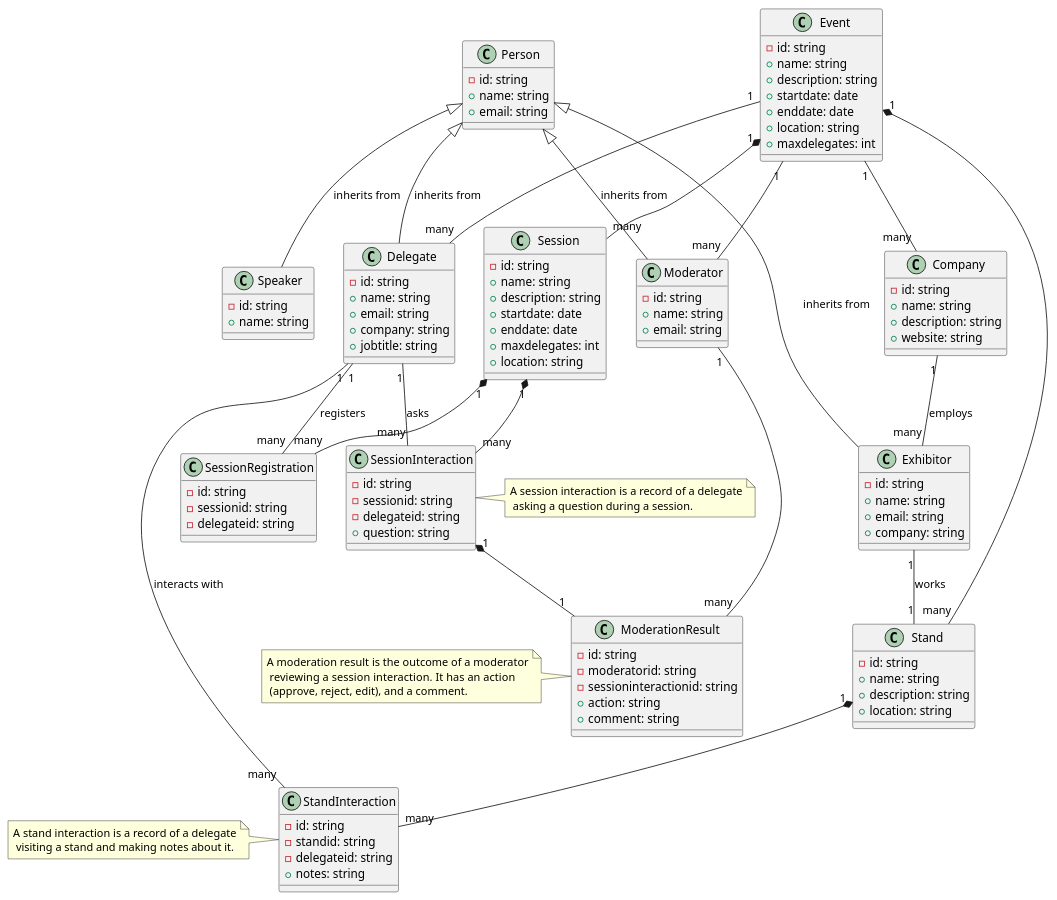
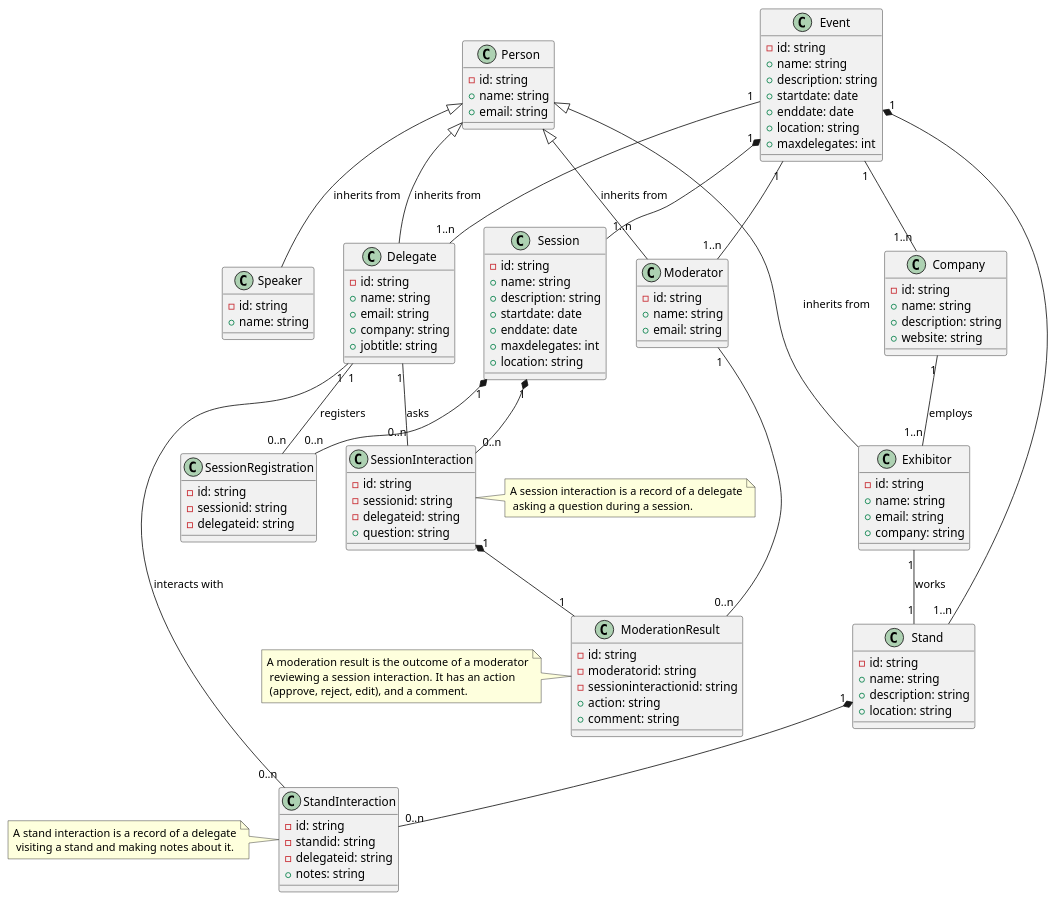
Before and after one commit to CSC-40084-Group-7/BMI2-UML: the diagram in BookMeIn2.puml, drawn with PlantUML.

Commit message:
add relationships

```diff
--- a/BookMeIn2.puml
+++ b/BookMeIn2.puml
@@ -1,153 +1,153 @@
 @startuml BookMeIn2
 
 /'
 Glossary
 
 Event: The event that is happening, e.g. App Development in a mobile world.
 Delegates: People attending the event, sometimes on behalf of a company.
 Exhibitor: A person attending the event on behalf of their company. Each Exhibitor works at one stand.
 Moderator: Works in the background during a session filtering the questions sent in by delegates, for the purpose of avoiding anything unsuitable being sent to the speaker, and amalgamating similar questions into one so as to avoid repeating the same question
 Session: A talk or presentation happening at the event. Several of these can happen at the same time at larger events and delegates would have to choose which ones they want to attend.  Sometimes these can require a pre-registration of interest to allow entry.
 Speaker: An individual presenting the session. These can be the same as exhibitors, or they may be completely independent.
 Stand: One per company at the event. These companies are ones that have paid to have a stand at the event.  Often these will be sponsors of the event looking to sell some sort of software or service to the delegates.   Multiple Exhibitors may work on one stand though.
 '/
 
 ' Entities
 
 class "Event" as event {
     - id: string
     + name: string
     + description: string
     + startdate: date
     + enddate: date
     + location: string
     + maxdelegates: int
 }
 
 class "Person" as person {
     - id: string
     + name: string
     + email: string
 }
 
 class "Delegate" as delegate {
     - id: string
     + name: string
     + email: string
     + company: string
     + jobtitle: string
 }
 
 class "Exhibitor" as exhibitor {
     - id: string
     + name: string
     + email: string
     + company: string
 }
 
 class "Moderator" as moderator {
     - id: string
     + name: string
     + email: string
 }
 
 class "Session" as session {
     - id: string
     + name: string
     + description: string
     + startdate: date
     + enddate: date
     + maxdelegates: int
     + location: string
 }
 
 class "Speaker" as speaker {
     - id: string
     + name: string
 }
 
 class "Stand" as stand {
     - id: string
     + name: string
     + description: string
     + location: string
 }
 
 class "Company" as company {
     - id: string
     + name: string
     + description: string
     + website: string
 }
 
 class "SessionRegistration" as sessionregistration {
     - id: string
     - sessionid: string
     - delegateid: string
 }
 
 class "StandInteraction" as standinteraction {
     - id: string
     - standid: string
     - delegateid: string
     + notes: string
 }
 
 class "SessionInteraction" as sessioninteraction {
     - id: string
     - sessionid: string
     - delegateid: string
     + question: string
 }
 
 class "ModerationResult" as moderationresult {
     - id: string
     - moderatorid: string
     - sessioninteractionid: string
     + action: string
     + comment: string
 }
 
 ' Relationships
 
-event "1" -- "many" delegate
-event "1" -- "many" moderator
-event "1" -- "many" company
+event "1" -- "1..n" delegate
+event "1" -- "1..n" moderator
+event "1" -- "1..n" company
 
-delegate "1" -- "many" standinteraction : interacts with
-delegate "1" -- "many" sessioninteraction : asks
-delegate "1" -- "many" sessionregistration : registers
+delegate "1" -- "0..n" standinteraction : interacts with
+delegate "1" -- "0..n" sessioninteraction : asks
+delegate "1" -- "0..n" sessionregistration : registers
 
 exhibitor "1" -- "1" stand : works
 
-company "1" -- "many" exhibitor : employs
+company "1" -- "1..n" exhibitor : employs
 
-moderator "1" -- "many" moderationresult 
+moderator "1" -- "0..n" moderationresult 
 
 
 ' Inheritance
 
 person <|-- delegate : inherits from
 person <|-- exhibitor : inherits from
 person <|-- moderator : inherits from
 person <|-- speaker : inherits from
 
 ' Composition
 
-event "1" *-- "many" session
-event "1" *-- "many" stand
+event "1" *-- "1..n" session
+event "1" *-- "1..n" stand
 
 ' Aggregation
 
-session "1" *-- "many" sessioninteraction
-session "1" *-- "many" sessionregistration
-stand "1" *-- "many" standinteraction
+session "1" *-- "0..n" sessioninteraction
+session "1" *-- "0..n" sessionregistration
+stand "1" *-- "0..n" standinteraction
 sessioninteraction "1" *-- "1" moderationresult
 
 ' Notes
 
 note left of moderationresult : A moderation result is the outcome of a moderator\n reviewing a session interaction.  It has an action\n (approve, reject, edit), and a comment.
 note left of standinteraction : A stand interaction is a record of a delegate\n visiting a stand and making notes about it.
 note right of sessioninteraction : A session interaction is a record of a delegate\n asking a question during a session.
 
 @enduml
```
